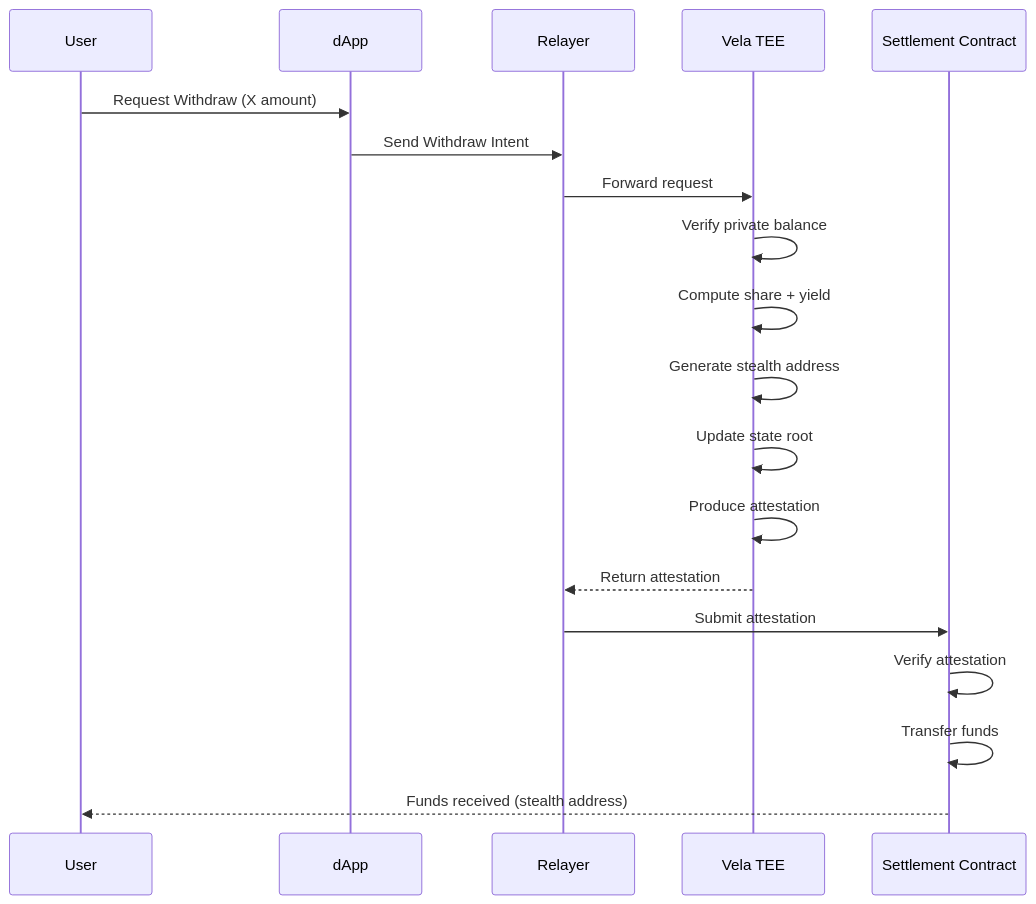
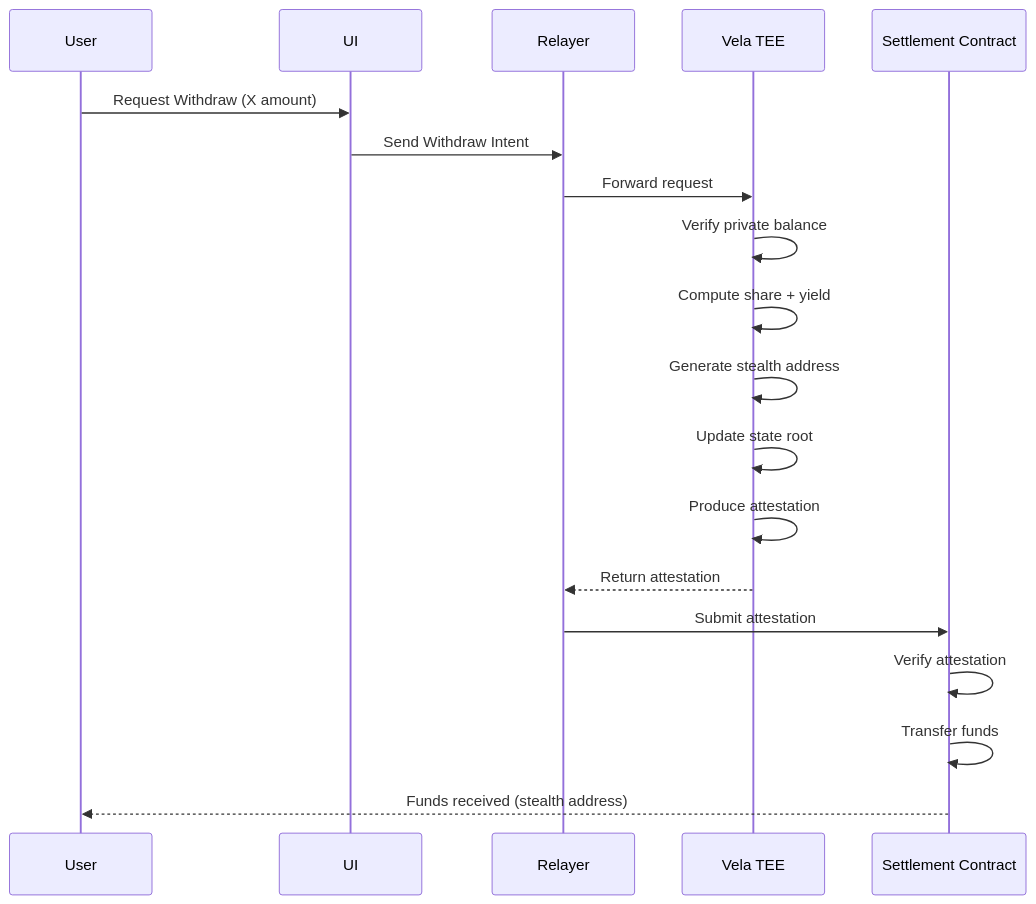
The second of 2 diagrams in readme.md (Xavek/shieldv), drawn with Mermaid before and after one commit. The commit also changed other lines of this file, not shown here.

````diff
--- a/readme.md
+++ b/readme.md
@@ -133,26 +133,26 @@
 ```mermaid
 sequenceDiagram
     participant U as User
-    participant D as dApp
+    participant D as UI
     participant R as Relayer
     participant T as Vela TEE
     participant S as Settlement Contract
 
     U->>D: Request Withdraw (X amount)
     D->>R: Send Withdraw Intent
 
     R->>T: Forward request
 
     T->>T: Verify private balance
     T->>T: Compute share + yield
     T->>T: Generate stealth address
     T->>T: Update state root
     T->>T: Produce attestation
 
     T-->>R: Return attestation
     R->>S: Submit attestation
 
     S->>S: Verify attestation
     S->>S: Transfer funds
     S-->>U: Funds received (stealth address)
 ```
````
